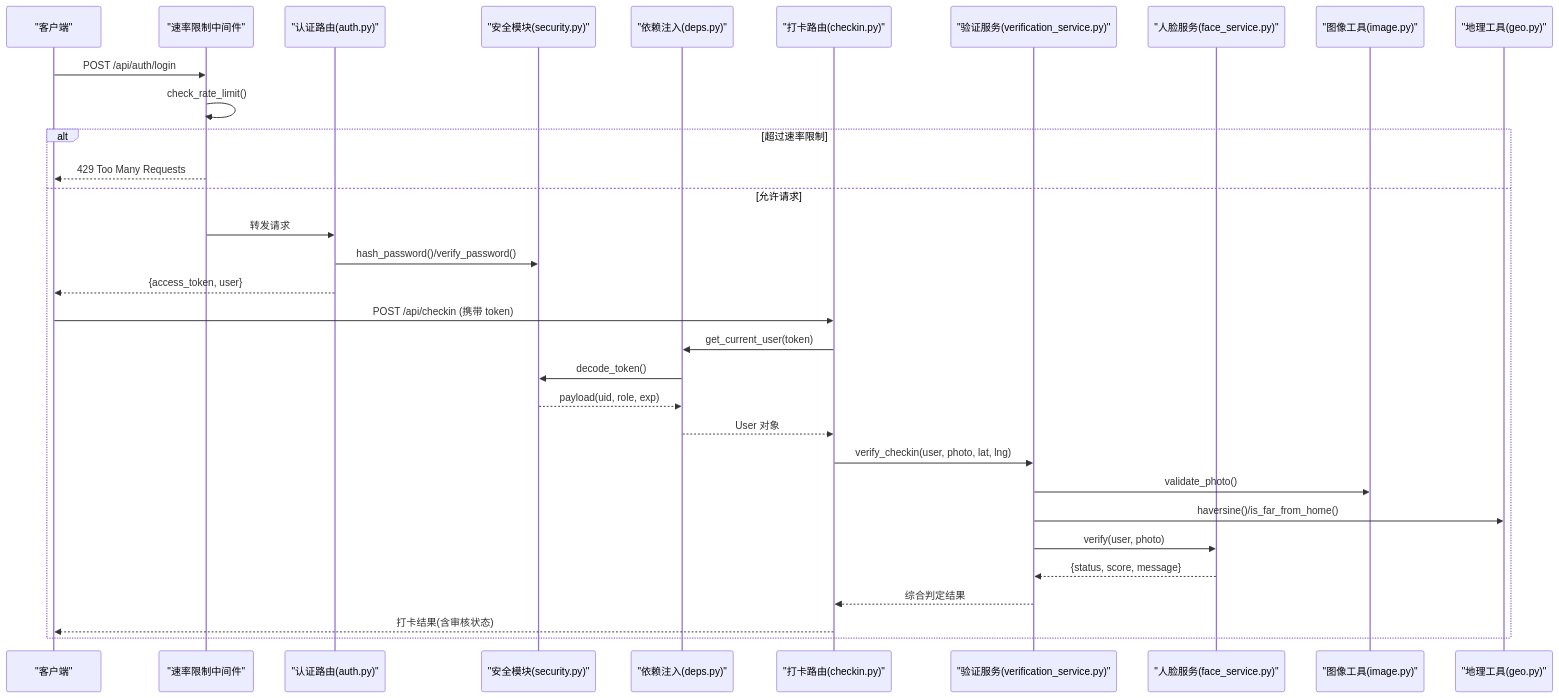
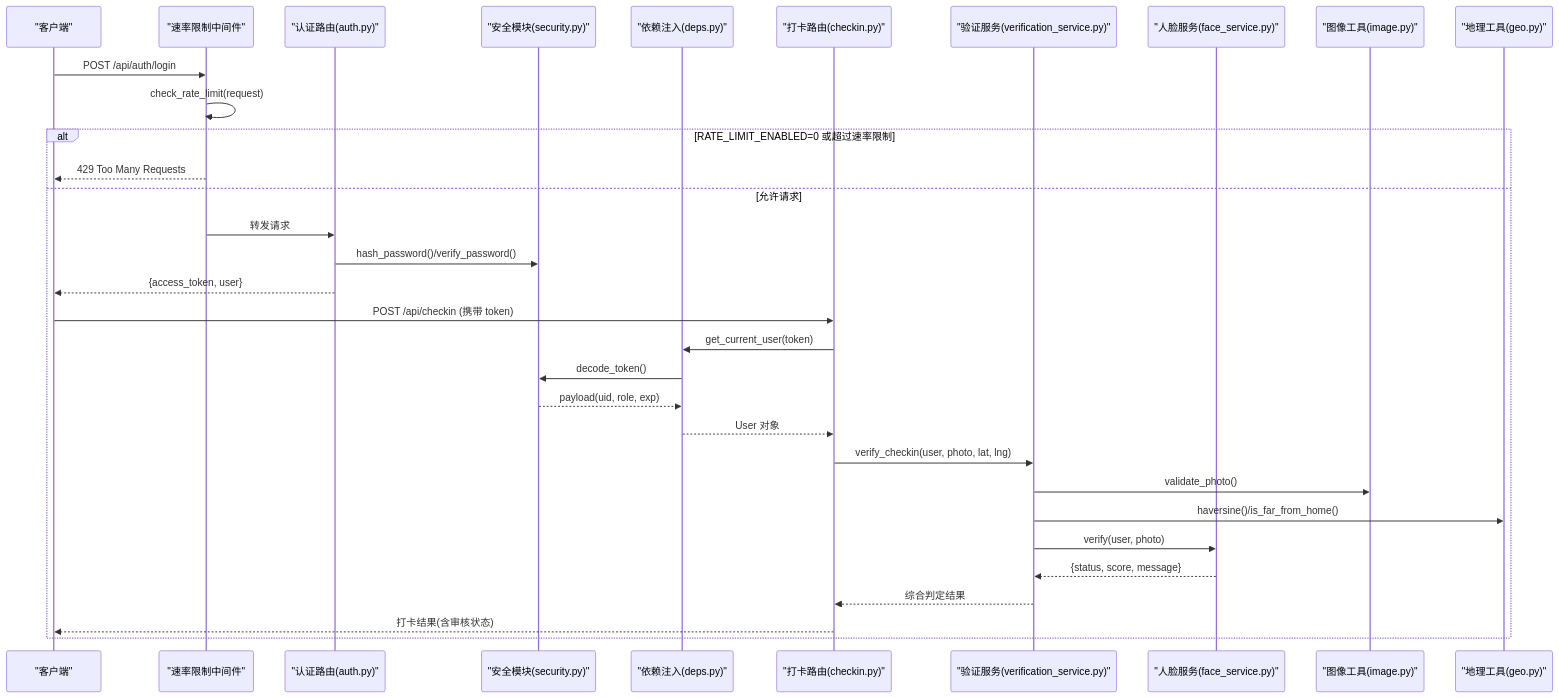
One commit to onebody/homework changed the second of 8 diagrams in .qoder/repowiki/zh/content/安全与认证机制/安全与认证机制.md. Above: the diagram before and after it, drawn with Mermaid. The commit also changed other lines of this file and 15 other files, not shown here.

````diff
--- a/.qoder/repowiki/zh/content/安全与认证机制/安全与认证机制.md
+++ b/.qoder/repowiki/zh/content/安全与认证机制/安全与认证机制.md
@@ -172,34 +177,34 @@
 ```mermaid
 sequenceDiagram
 participant Client as "客户端"
 participant Middleware as "速率限制中间件"
 participant AuthRouter as "认证路由(auth.py)"
 participant Security as "安全模块(security.py)"
 participant Deps as "依赖注入(deps.py)"
 participant CheckinRouter as "打卡路由(checkin.py)"
 participant VerifySvc as "验证服务(verification_service.py)"
 participant FaceSvc as "人脸服务(face_service.py)"
 participant ImageUtil as "图像工具(image.py)"
 participant GeoUtil as "地理工具(geo.py)"
 Client->>Middleware : POST /api/auth/login
-Middleware->>Middleware : check_rate_limit()
-alt 超过速率限制
+Middleware->>Middleware : check_rate_limit(request)
+alt RATE_LIMIT_ENABLED=0 或超过速率限制
 Middleware-->>Client : 429 Too Many Requests
 else 允许请求
 Middleware->>AuthRouter : 转发请求
 AuthRouter->>Security : hash_password()/verify_password()
 AuthRouter-->>Client : {access_token, user}
 Client->>CheckinRouter : POST /api/checkin (携带 token)
 CheckinRouter->>Deps : get_current_user(token)
 Deps->>Security : decode_token()
 Security-->>Deps : payload(uid, role, exp)
 Deps-->>CheckinRouter : User 对象
 CheckinRouter->>VerifySvc : verify_checkin(user, photo, lat, lng)
 VerifySvc->>ImageUtil : validate_photo()
 VerifySvc->>GeoUtil : haversine()/is_far_from_home()
 VerifySvc->>FaceSvc : verify(user, photo)
 FaceSvc-->>VerifySvc : {status, score, message}
 VerifySvc-->>CheckinRouter : 综合判定结果
 CheckinRouter-->>Client : 打卡结果(含审核状态)
 end
 ```
````
